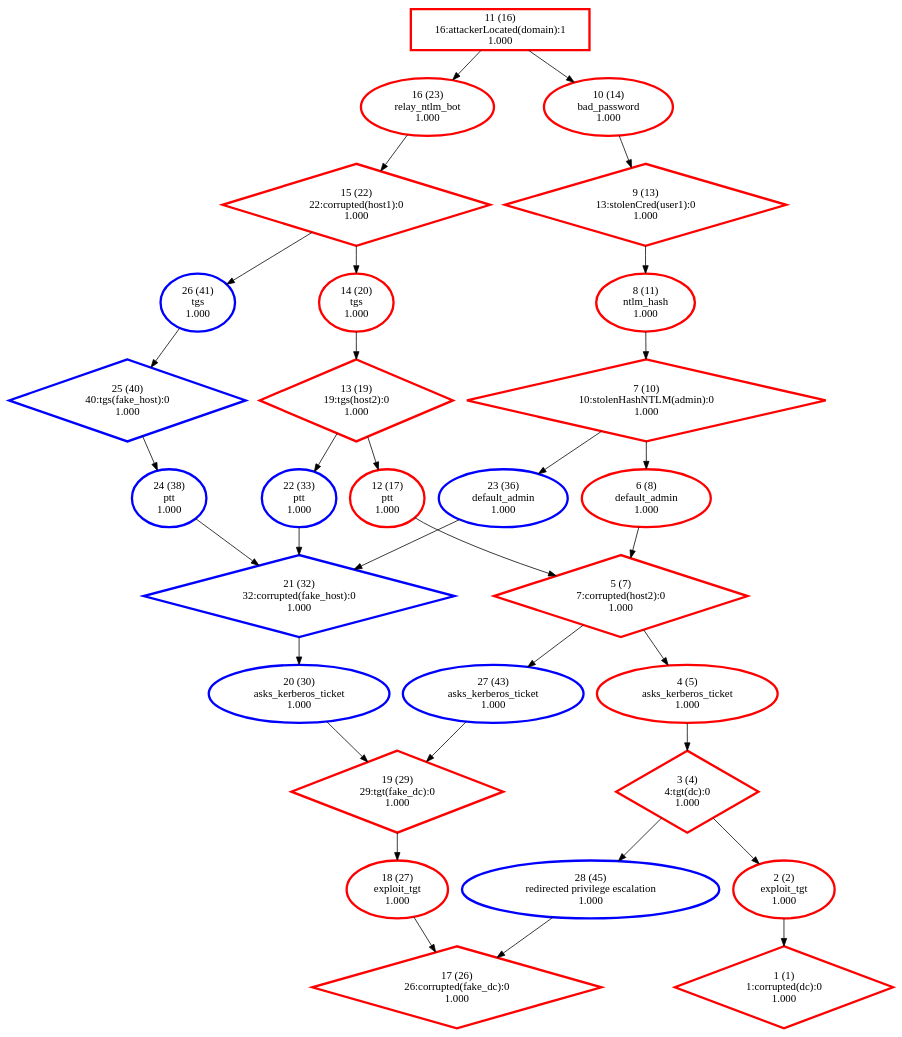
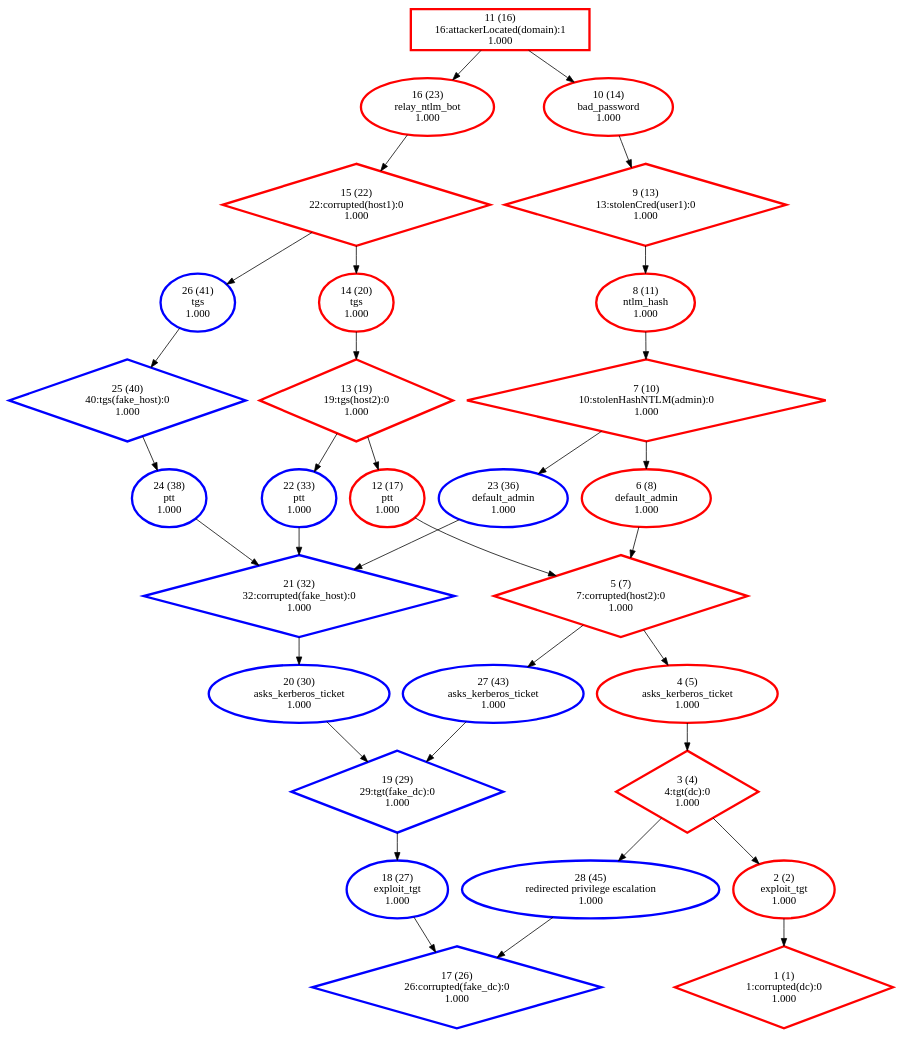
The diagram in Personnal_simulations/output_HightLevel/strongly_connected_components/BAG_ref.dot (NathanaeldeLaChesnais/attacker_profiling_for_BAG_with_honeypots), drawn with Graphviz before and after one commit. The commit also changed 29 other files, not shown here.

```diff
--- a/Personnal_simulations/output_HightLevel/strongly_connected_components/BAG_ref.dot
+++ b/Personnal_simulations/output_HightLevel/strongly_connected_components/BAG_ref.dot
@@ -1,62 +1,62 @@
 digraph G {
   1 [label="1 (1)\n1:corrupted(dc):0\n1.000", color="#FF0000", penwidth=3, shape="diamond"];
   2 [label="2 (2)\nexploit_tgt\n1.000", color="#FF0000", penwidth=3, shape="ellipse"];
   3 [label="3 (4)\n4:tgt(dc):0\n1.000", color="#FF0000", penwidth=3, shape="diamond"];
   4 [label="4 (5)\nasks_kerberos_ticket\n1.000", color="#FF0000", penwidth=3, shape="ellipse"];
   5 [label="5 (7)\n7:corrupted(host2):0\n1.000", color="#FF0000", penwidth=3, shape="diamond"];
   6 [label="6 (8)\ndefault_admin\n1.000", color="#FF0000", penwidth=3, shape="ellipse"];
   7 [label="7 (10)\n10:stolenHashNTLM(admin):0\n1.000", color="#FF0000", penwidth=3, shape="diamond"];
   8 [label="8 (11)\nntlm_hash\n1.000", color="#FF0000", penwidth=3, shape="ellipse"];
   9 [label="9 (13)\n13:stolenCred(user1):0\n1.000", color="#FF0000", penwidth=3, shape="diamond"];
   10 [label="10 (14)\nbad_password\n1.000", color="#FF0000", penwidth=3, shape="ellipse"];
   11 [label="11 (16)\n16:attackerLocated(domain):1\n1.000", color="#FF0000", penwidth=3, shape="box"];
   12 [label="12 (17)\nptt\n1.000", color="#FF0000", penwidth=3, shape="ellipse"];
   13 [label="13 (19)\n19:tgs(host2):0\n1.000", color="#FF0000", penwidth=3, shape="diamond"];
   14 [label="14 (20)\ntgs\n1.000", color="#FF0000", penwidth=3, shape="ellipse"];
   15 [label="15 (22)\n22:corrupted(host1):0\n1.000", color="#FF0000", penwidth=3, shape="diamond"];
   16 [label="16 (23)\nrelay_ntlm_bot\n1.000", color="#FF0000", penwidth=3, shape="ellipse"];
-  17 [label="17 (26)\n26:corrupted(fake_dc):0\n1.000", color="#FF0000", penwidth=3, shape="diamond"];
-  18 [label="18 (27)\nexploit_tgt\n1.000", color="#FF0000", penwidth=3, shape="ellipse"];
-  19 [label="19 (29)\n29:tgt(fake_dc):0\n1.000", color="#FF0000", penwidth=3, shape="diamond"];
+  17 [label="17 (26)\n26:corrupted(fake_dc):0\n1.000", color="blue", penwidth=3, shape="diamond"];
+  18 [label="18 (27)\nexploit_tgt\n1.000", color="blue", penwidth=3, shape="ellipse"];
+  19 [label="19 (29)\n29:tgt(fake_dc):0\n1.000", color="blue", penwidth=3, shape="diamond"];
   20 [label="20 (30)\nasks_kerberos_ticket\n1.000", color="blue", penwidth=3, shape="ellipse"];
   21 [label="21 (32)\n32:corrupted(fake_host):0\n1.000", color="blue", penwidth=3, shape="diamond"];
   22 [label="22 (33)\nptt\n1.000", color="blue", penwidth=3, shape="ellipse"];
   23 [label="23 (36)\ndefault_admin\n1.000", color="blue", penwidth=3, shape="ellipse"];
   24 [label="24 (38)\nptt\n1.000", color="blue", penwidth=3, shape="ellipse"];
   25 [label="25 (40)\n40:tgs(fake_host):0\n1.000", color="blue", penwidth=3, shape="diamond"];
   26 [label="26 (41)\ntgs\n1.000", color="blue", penwidth=3, shape="ellipse"];
   27 [label="27 (43)\nasks_kerberos_ticket\n1.000", color="blue", penwidth=3, shape="ellipse"];
   28 [label="28 (45)\nredirected privilege escalation\n1.000", color="blue", penwidth=3, shape="ellipse"];
   "11" -> "10";
   "11" -> "16";
   "10" -> "9";
   "9" -> "8";
   "8" -> "7";
   "7" -> "6";
   "7" -> "23";
   "6" -> "5";
   "5" -> "4";
   "5" -> "27";
   "16" -> "15";
   "15" -> "14";
   "15" -> "26";
   "14" -> "13";
   "13" -> "12";
   "13" -> "22";
   "12" -> "5";
   "4" -> "3";
   "3" -> "2";
   "3" -> "28";
   "2" -> "1";
   "22" -> "21";
   "21" -> "20";
   "23" -> "21";
   "26" -> "25";
   "25" -> "24";
   "24" -> "21";
   "20" -> "19";
   "19" -> "18";
   "27" -> "19";
   "18" -> "17";
   "28" -> "17";
 }
```
